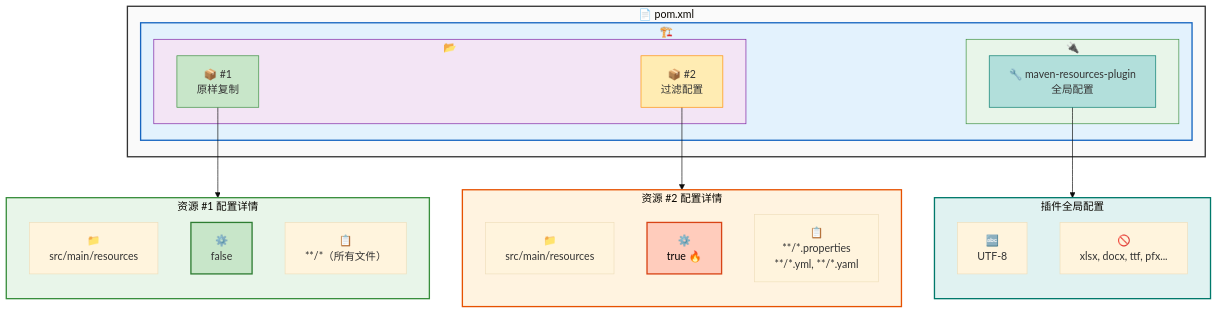
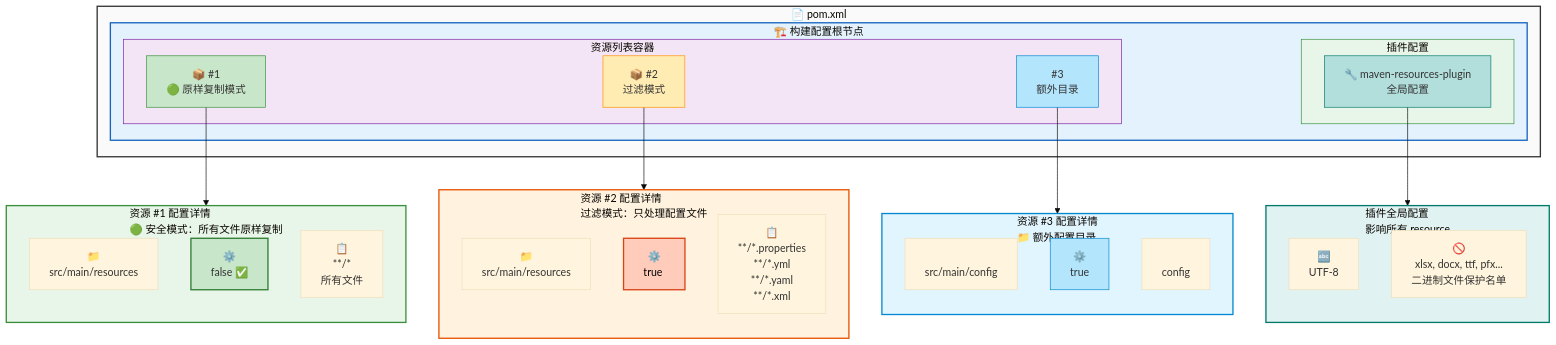
One commit to kunge2013/kunge2013.github.io changed the third of 3 diagrams in docs/posts/maven/maven-resource-filtering-binary-corruption.md. Above: the diagram before and after it, drawn with Mermaid (base theme). The commit also changed other lines of this file, not shown here.

First line of the commit message:
docs: 优化 Maven 资源过滤文章的两个流程图

````diff
--- a/docs/posts/maven/maven-resource-filtering-binary-corruption.md
+++ b/docs/posts/maven/maven-resource-filtering-binary-corruption.md
@@ -495,51 +495,63 @@
 ```mermaid
 flowchart TB
     subgraph POM["📄 pom.xml"]
-        subgraph BUILD_TAG["🏗️ <build>"]
-            subgraph RESOURCES_TAG["📂 <resources>"]
-                R1["📦 <resource> #1<br/>原样复制"]
-                R2["📦 <resource> #2<br/>过滤配置"]
+        subgraph BUILD_TAG["🏗️ <build> 构建配置根节点"]
+            subgraph RESOURCES_TAG[" <resources> 资源列表容器"]
+                R1["📦 <resource> #1<br/>🟢 原样复制模式"]
+                R2["📦 <resource> #2<br/> 过滤模式"]
+                R3[" <resource> #3<br/> 额外目录"]
             end
-            subgraph PLUGINS_TAG["🔌 <plugins>"]
+            subgraph PLUGINS_TAG[" <plugins> 插件配置"]
                 PLUGIN["🔧 maven-resources-plugin<br/>全局配置"]
             end
         end
     end
 
-    subgraph R1_CONFIG["资源 #1 配置详情"]
+    subgraph R1_CONFIG["资源 #1 配置详情<br/>🟢 安全模式：所有文件原样复制"]
         direction TB
         D1["📁 <directory><br/>src/main/resources"]
-        F1["⚙️ <filtering><br/>false"]
-        I1["📋 <includes><br/>**/*（所有文件）"]
+        F1["⚙️ <filtering><br/>false ✅"]
+        I1["📋 <includes><br/>**/*<br/>所有文件"]
     end
 
-    subgraph R2_CONFIG["资源 #2 配置详情"]
+    subgraph R2_CONFIG["资源 #2 配置详情<br/> 过滤模式：只处理配置文件"]
         direction TB
         D2["📁 <directory><br/>src/main/resources"]
-        F2["⚙️ <filtering><br/>true 🔥"]
-        I2["📋 <includes><br/>**/*.properties<br/>**/*.yml, **/*.yaml"]
+        F2["⚙️ <filtering><br/>true ️"]
+        I2["📋 <includes><br/>**/*.properties<br/>**/*.yml<br/>**/*.yaml<br/>**/*.xml"]
     end
 
-    subgraph PLUGIN_CONFIG["插件全局配置"]
+    subgraph R3_CONFIG["资源 #3 配置详情<br/>📁 额外配置目录"]
+        direction TB
+        D3[" <directory><br/>src/main/config"]
+        F3["⚙️ <filtering><br/>true"]
+        TP3[" <targetPath><br/>config"]
+    end
+
+    subgraph PLUGIN_CONFIG["插件全局配置<br/> 影响所有 resource"]
         direction TB
         ENC["🔤 <encoding><br/>UTF-8"]
-        NFE["🚫 <nonFilteredFileExtensions><br/>xlsx, docx, ttf, pfx..."]
+        NFE["🚫 <nonFilteredFileExtensions><br/>xlsx, docx, ttf, pfx...<br/>二进制文件保护名单"]
     end
 
     R1 --> R1_CONFIG
     R2 --> R2_CONFIG
+    R3 --> R3_CONFIG
     PLUGIN --> PLUGIN_CONFIG
 
     style POM fill:#fafafa,stroke:#333,stroke-width:2px
     style BUILD_TAG fill:#e3f2fd,stroke:#1565c0,stroke-width:2px
     style RESOURCES_TAG fill:#f3e5f5,stroke:#7b1fa2,stroke-width:1px
     style PLUGINS_TAG fill:#e8f5e9,stroke:#388e3c,stroke-width:1px
     style R1_CONFIG fill:#e8f5e9,stroke:#388e3c,stroke-width:2px
     style R2_CONFIG fill:#fff3e0,stroke:#e65100,stroke-width:2px
+    style R3_CONFIG fill:#e1f5fe,stroke:#0288d1,stroke-width:2px
     style PLUGIN_CONFIG fill:#e0f2f1,stroke:#00796b,stroke-width:2px
     style F1 fill:#c8e6c9,stroke:#2e7d32,stroke-width:2px
     style F2 fill:#ffccbc,stroke:#d84315,stroke-width:2px,color:#000
+    style F3 fill:#b3e5fc,stroke:#0288d1
     style R1 fill:#c8e6c9,stroke:#388e3c
     style R2 fill:#ffecb3,stroke:#ff8f00
+    style R3 fill:#b3e5fc,stroke:#0288d1
     style PLUGIN fill:#b2dfdb,stroke:#00796b
 ```
````
